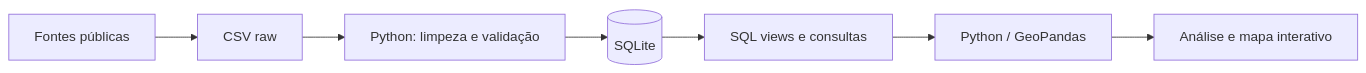
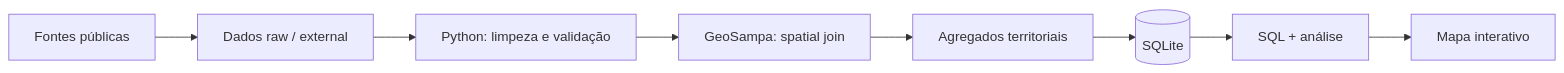
One commit to pfutagawa/smart-sampa-data-science changed the diagram in README.md. Above: the diagram before and after it, drawn with Mermaid. The commit also changed other lines of this file and 5 other files, not shown here.

````diff
--- a/README.md
+++ b/README.md
@@ -33,9 +33,10 @@
 ```mermaid
 flowchart LR
-    A[Fontes públicas] --> B[CSV raw]
+    A[Fontes públicas] --> B[Dados raw / external]
     B --> C[Python: limpeza e validação]
-    C --> D[(SQLite)]
-    D --> E[SQL views e consultas]
-    E --> F[Python / GeoPandas]
-    F --> G[Análise e mapa interativo]
+    C --> D[GeoSampa: spatial join]
+    D --> E[Agregados territoriais]
+    E --> F[(SQLite)]
+    F --> G[SQL + análise]
+    G --> H[Mapa interativo]
 ```
````
